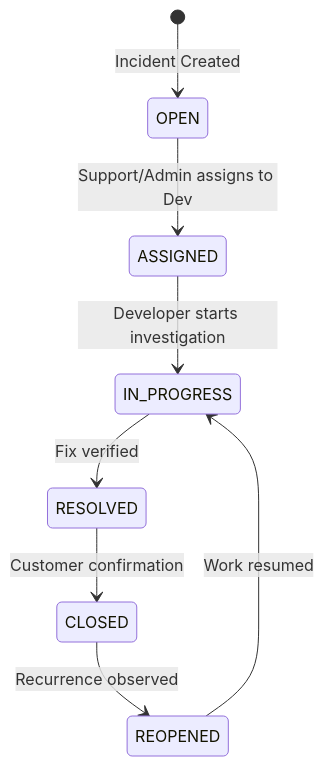
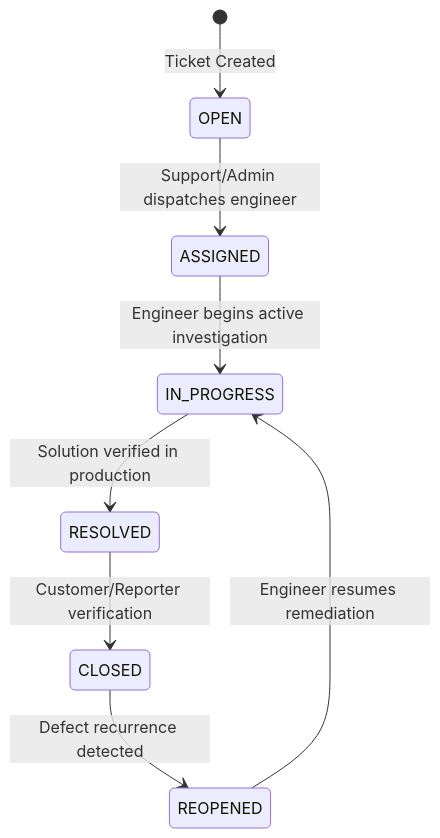
Before and after one commit to nandhubabu/Enterprise-Issue---Incident-Management-System: the second of 2 diagrams in README.md, drawn with Mermaid. The commit also changed other lines of this file and 4 other files, not shown here.

Commit message:
docs: enrich README with recruiter-focused architectural achievements, system showcase, and test breakdown

````diff
--- a/README.md
+++ b/README.md
@@ -187,10 +225,10 @@
 ```mermaid
 stateDiagram-v2
-    [*] --> OPEN : Incident Created
-    OPEN --> ASSIGNED : Support/Admin assigns to Dev
-    ASSIGNED --> IN_PROGRESS : Developer starts investigation
-    IN_PROGRESS --> RESOLVED : Fix verified
-    RESOLVED --> CLOSED : Customer confirmation
-    CLOSED --> REOPENED : Recurrence observed
-    REOPENED --> IN_PROGRESS : Work resumed
+    [*] --> OPEN : Ticket Created
+    OPEN --> ASSIGNED : Support/Admin dispatches engineer
+    ASSIGNED --> IN_PROGRESS : Engineer begins active investigation
+    IN_PROGRESS --> RESOLVED : Solution verified in production
+    RESOLVED --> CLOSED : Customer/Reporter verification
+    CLOSED --> REOPENED : Defect recurrence detected
+    REOPENED --> IN_PROGRESS : Engineer resumes remediation
 ```
````
